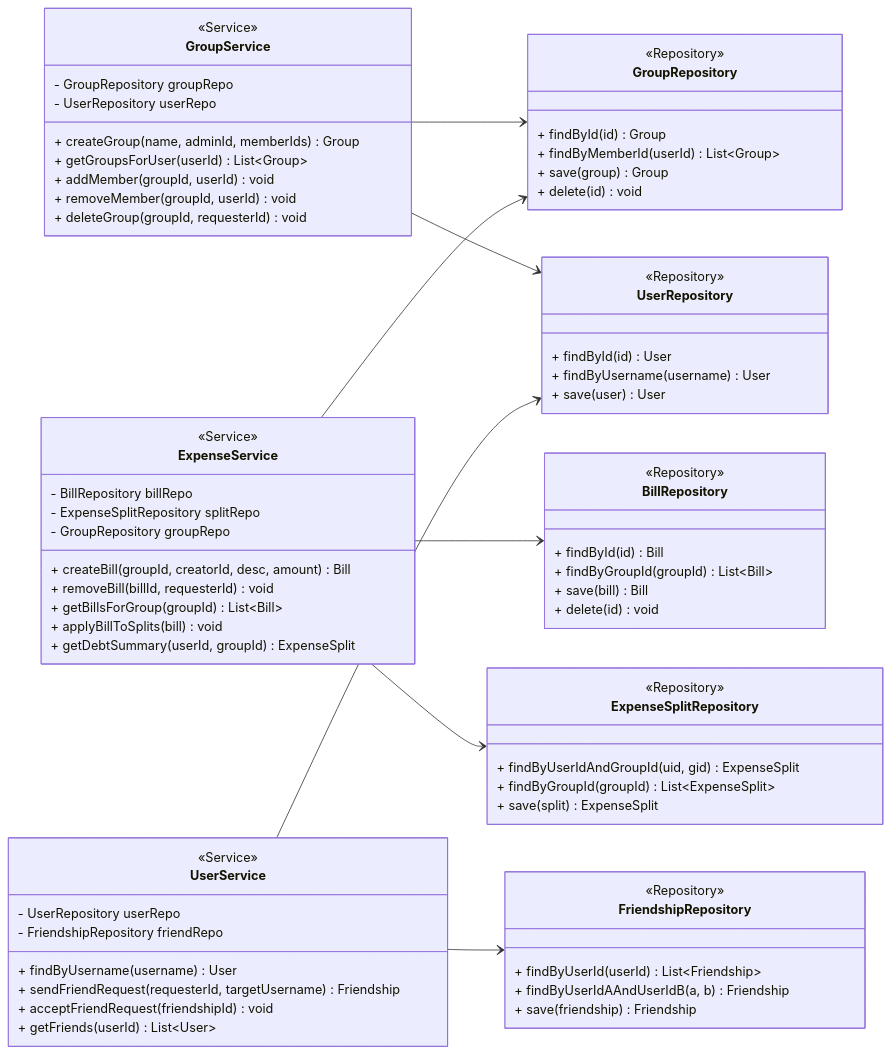
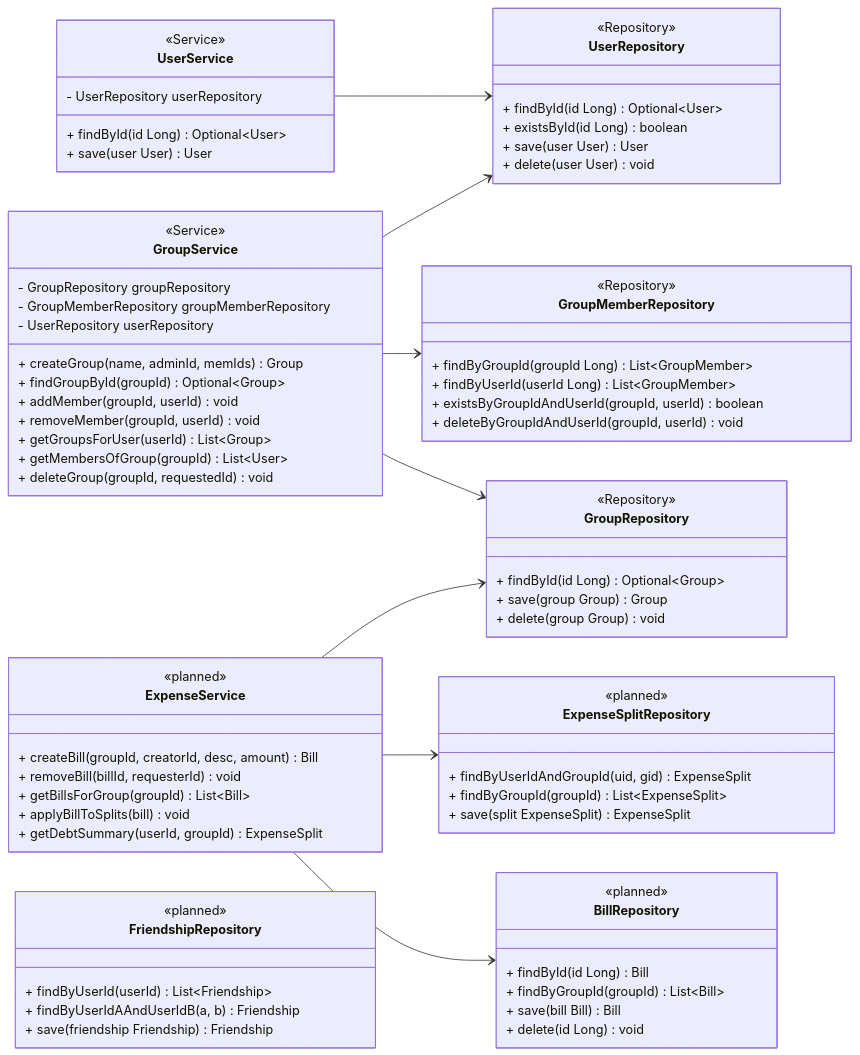
One commit to emberfox205/teilr changed the third of 4 diagrams in ClassDiagram.md. Above: the diagram before and after it, drawn with Mermaid. The commit also changed other lines of this file and 15 other files, not shown here.

Commit message:
code: Group and User related class | update: Class Diagram

````diff
--- a/ClassDiagram.md
+++ b/ClassDiagram.md
@@ -132,22 +145,29 @@
 classDiagram
     direction LR
 
+    class UserService {
+        <<Service>>
+        - UserRepository userRepository
+        + findById(id Long) Optional~User~
+        + save(user User) User
+    }
+
     class GroupService {
         <<Service>>
-        - GroupRepository groupRepo
-        - UserRepository userRepo
-        + createGroup(name, adminId, memberIds) Group
-        + getGroupsForUser(userId) List~Group~
+        - GroupRepository groupRepository
+        - GroupMemberRepository groupMemberRepository
+        - UserRepository userRepository
+        + createGroup(name, adminId, memIds) Group
+        + findGroupById(groupId) Optional~Group~
         + addMember(groupId, userId) void
         + removeMember(groupId, userId) void
-        + deleteGroup(groupId, requesterId) void
+        + getGroupsForUser(userId) List~Group~
+        + getMembersOfGroup(groupId) List~User~
+        + deleteGroup(groupId, requestedId) void
     }
 
     class ExpenseService {
-        <<Service>>
-        - BillRepository billRepo
-        - ExpenseSplitRepository splitRepo
-        - GroupRepository groupRepo
+        <<planned>>
         + createBill(groupId, creatorId, desc, amount) Bill
         + removeBill(billId, requesterId) void
         + getBillsForGroup(groupId) List~Bill~
@@ -155,58 +175,56 @@
         + getDebtSummary(userId, groupId) ExpenseSplit
     }
 
-    class UserService {
-        <<Service>>
-        - UserRepository userRepo
-        - FriendshipRepository friendRepo
-        + findByUsername(username) User
-        + sendFriendRequest(requesterId, targetUsername) Friendship
-        + acceptFriendRequest(friendshipId) void
-        + getFriends(userId) List~User~
+    class UserRepository {
+        <<Repository>>
+        + findById(id Long) Optional~User~
+        + existsById(id Long) boolean
+        + save(user User) User
+        + delete(user User) void
     }
 
     class GroupRepository {
         <<Repository>>
-        + findById(id) Group
-        + findByMemberId(userId) List~Group~
-        + save(group) Group
-        + delete(id) void
+        + findById(id Long) Optional~Group~
+        + save(group Group) Group
+        + delete(group Group) void
+    }
+
+    class GroupMemberRepository {
+        <<Repository>>
+        + findByGroupId(groupId Long) List~GroupMember~
+        + findByUserId(userId Long) List~GroupMember~
+        + existsByGroupIdAndUserId(groupId, userId) boolean
+        + deleteByGroupIdAndUserId(groupId, userId) void
     }
 
     class BillRepository {
-        <<Repository>>
-        + findById(id) Bill
+        <<planned>>
+        + findById(id Long) Bill
         + findByGroupId(groupId) List~Bill~
-        + save(bill) Bill
-        + delete(id) void
+        + save(bill Bill) Bill
+        + delete(id Long) void
     }
 
     class ExpenseSplitRepository {
-        <<Repository>>
+        <<planned>>
         + findByUserIdAndGroupId(uid, gid) ExpenseSplit
         + findByGroupId(groupId) List~ExpenseSplit~
-        + save(split) ExpenseSplit
-    }
-
-    class UserRepository {
-        <<Repository>>
-        + findById(id) User
-        + findByUsername(username) User
-        + save(user) User
+        + save(split ExpenseSplit) ExpenseSplit
     }
 
     class FriendshipRepository {
-        <<Repository>>
+        <<planned>>
         + findByUserId(userId) List~Friendship~
         + findByUserIdAAndUserIdB(a, b) Friendship
-        + save(friendship) Friendship
+        + save(friendship Friendship) Friendship
     }
 
+    UserService --> UserRepository
     GroupService --> GroupRepository
+    GroupService --> GroupMemberRepository
     GroupService --> UserRepository
     ExpenseService --> BillRepository
     ExpenseService --> ExpenseSplitRepository
     ExpenseService --> GroupRepository
-    UserService --> UserRepository
-    UserService --> FriendshipRepository
 ```
````
